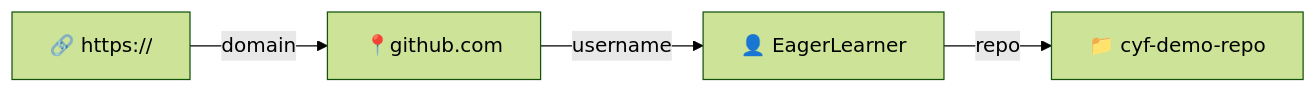
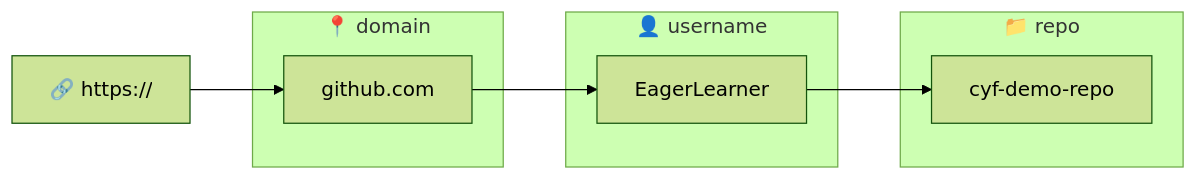
The second of 2 diagrams in common-content/en/module/induction/forking-a-repository/index.md (CodeYourFuture/curriculum), drawn with Mermaid (forest theme) before and after one commit. The commit also changed other lines of this file and 2 other files, not shown here.

Commit message:
Use subgraph labels instead of edge labels

````diff
--- a/common-content/en/module/induction/forking-a-repository/index.md
+++ b/common-content/en/module/induction/forking-a-repository/index.md
@@ -32,6 +41,15 @@
 ```mermaid
 flowchart LR
-    A[🔗 https://] -->|domain| B[📍github.com]
-    B-->|username| C[👤 EagerLearner]
-    C -->|repo| D[📁 cyf-demo-repo]
+    subgraph "📍 domain"
+      B
+    end
+    subgraph "👤 username"
+      C
+    end
+    subgraph "📁 repo"
+      D
+    end
+    A[🔗 https://] --> B[github.com]
+    B--> C[EagerLearner]
+    C --> D[cyf-demo-repo]
 ```
````
